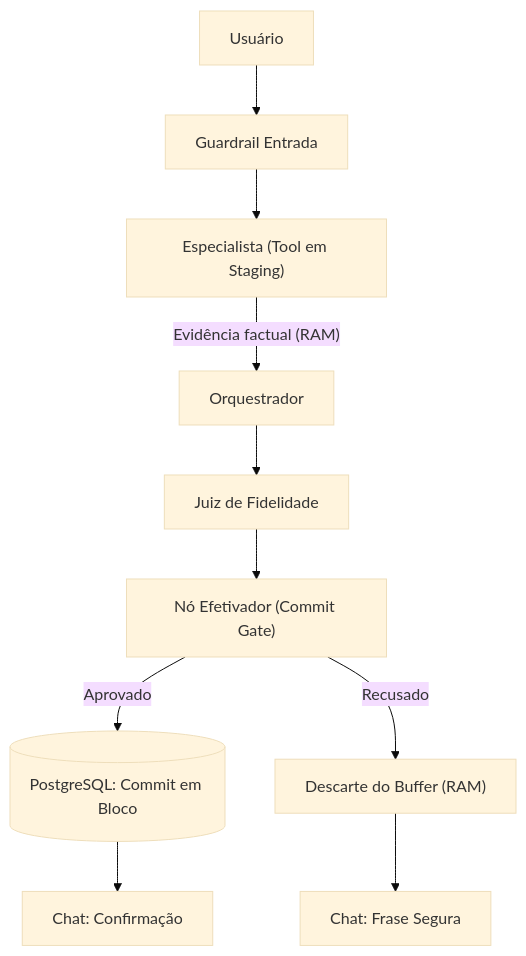
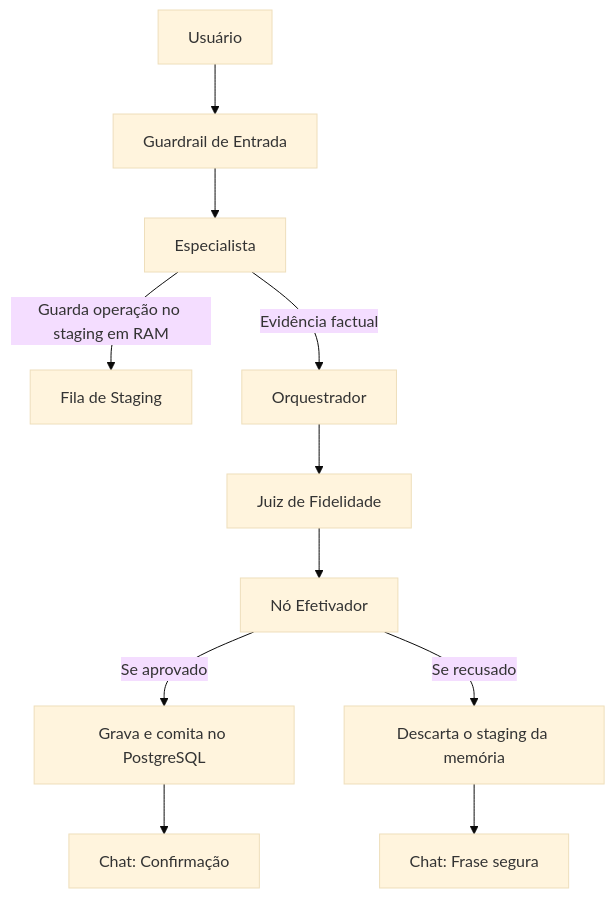
Before and after one commit to Lucas-Cayres-Porto/Acessor.AI: the second of 2 diagrams in decisao_tecnica.md, drawn with Mermaid (base theme). The commit also changed other lines of this file, not shown here.

Commit message:
docs: atualiza decisao_tecnica.md com linguagem direta, fluxos em mermaid e sem parenteses

````diff
--- a/decisao_tecnica.md
+++ b/decisao_tecnica.md
@@ -39,12 +37,13 @@
 ```mermaid
 flowchart TD
-    A["Usuário"] --> B["Guardrail Entrada"]
-    B --> C["Especialista (Tool em Staging)"]
-    C -->|"Evidência factual (RAM)"| D["Orquestrador"]
-    D --> E["Juiz de Fidelidade"]
-    E --> F["Nó Efetivador (Commit Gate)"]
-    F -->|"Aprovado"| G[("PostgreSQL: Commit em Bloco")]
-    F -->|"Recusado"| H["Descarte do Buffer (RAM)"]
-    G --> I["Chat: Confirmação"]
-    H --> J["Chat: Frase Segura"]
+    A["Usuário"] --> B["Guardrail de Entrada"]
+    B --> C["Especialista"]
+    C -->|"Guarda operação no staging em RAM"| D["Fila de Staging"]
+    C -->|"Evidência factual"| E["Orquestrador"]
+    E --> F["Juiz de Fidelidade"]
+    F --> G["Nó Efetivador"]
+    G -->|"Se aprovado"| H["Grava e comita no PostgreSQL"]
+    G -->|"Se recusado"| I["Descarta o staging da memória"]
+    H --> J["Chat: Confirmação"]
+    I --> K["Chat: Frase segura"]
 ```
````
